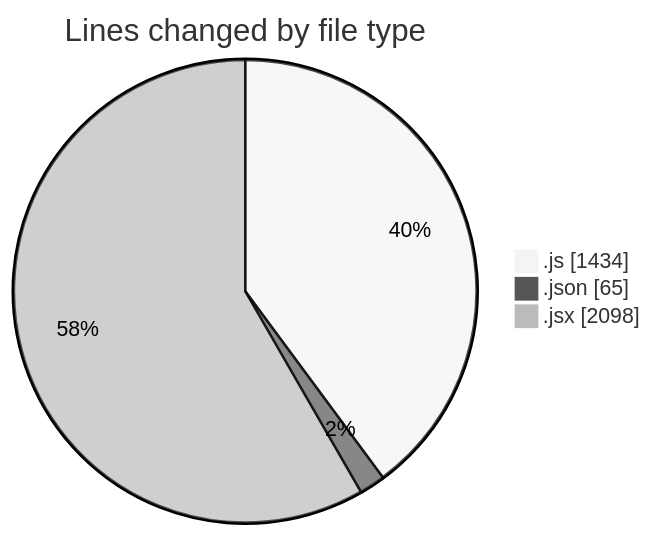
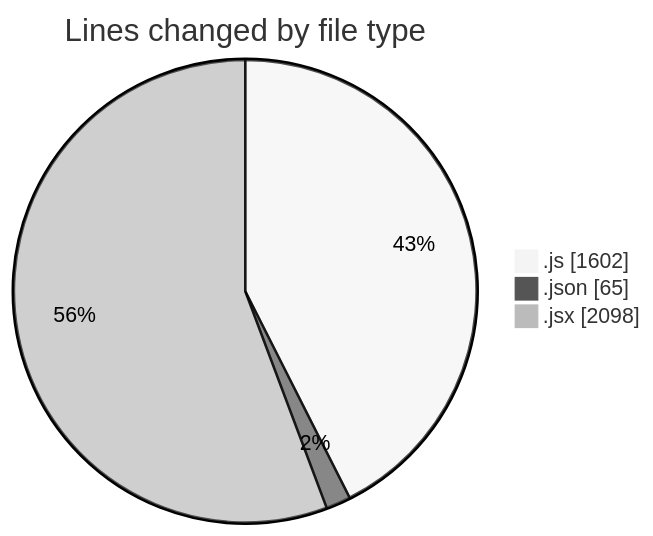
One commit to nxtqubesakshisongat/code-tracking changed the first of 2 diagrams in 2026-01-14/nxtqube_webapp/README.md. Above: the diagram before and after it, drawn with Mermaid (neutral theme). The commit also changed other lines of this file and 1 other file, not shown here.

````diff
--- a/2026-01-14/nxtqube_webapp/README.md
+++ b/2026-01-14/nxtqube_webapp/README.md
@@ -26,7 +27,7 @@
 ```mermaid
 pie showData
 title Lines changed by file type
-".js" : 1434
+".js" : 1602
 ".json" : 65
 ".jsx" : 2098
 ```
````
